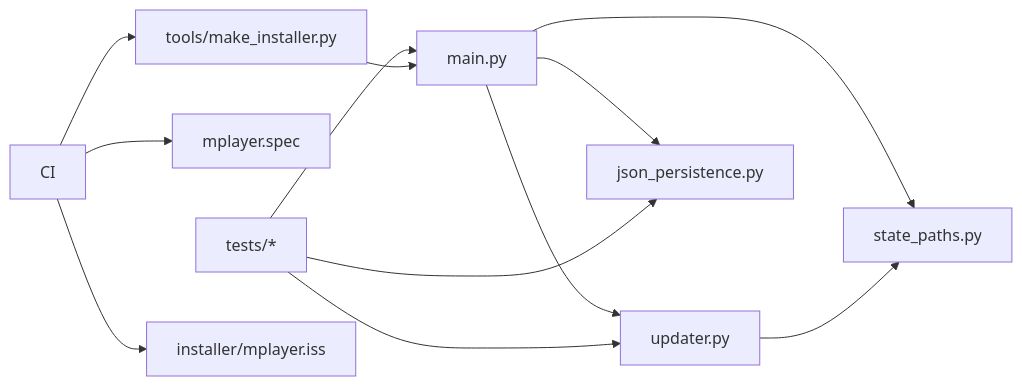
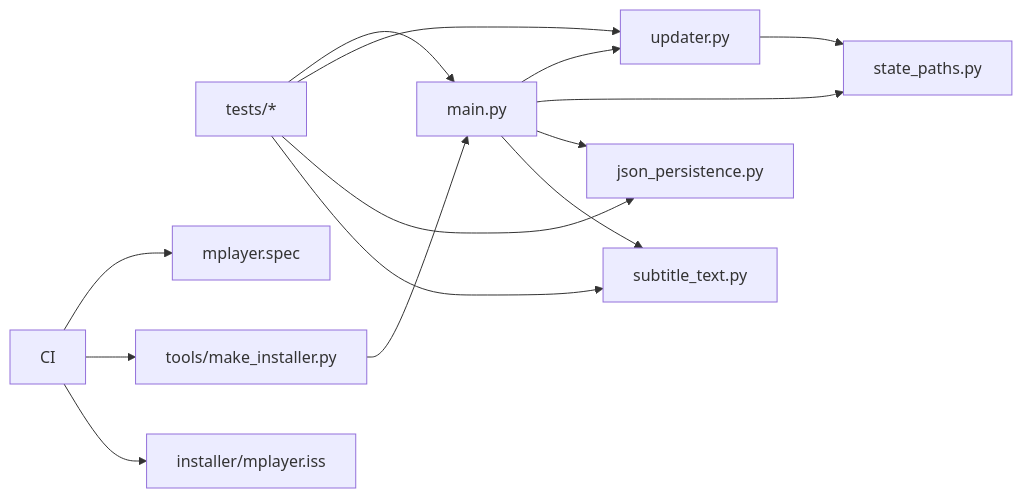
One commit to neoenox/mplayer changed the diagram in docs/architecture/MAP.md. Above: the diagram before and after it, drawn with Mermaid. The commit also changed other lines of this file and 6 other files, not shown here.

````diff
--- a/docs/architecture/MAP.md
+++ b/docs/architecture/MAP.md
@@ -5,14 +5,16 @@
 ```mermaid
 flowchart LR
     main[main.py] --> updater[updater.py]
     main --> state_paths[state_paths.py]
     main --> json_persistence[json_persistence.py]
+    main --> subtitle_text[subtitle_text.py]
     updater --> state_paths
     tests[tests/*] --> main
     tests --> updater
     tests --> json_persistence
+    tests --> subtitle_text
     ci[CI] --> spec[mplayer.spec]
     ci --> maker[tools/make_installer.py]
     ci --> iss[installer/mplayer.iss]
     maker --> main
 ```
````
